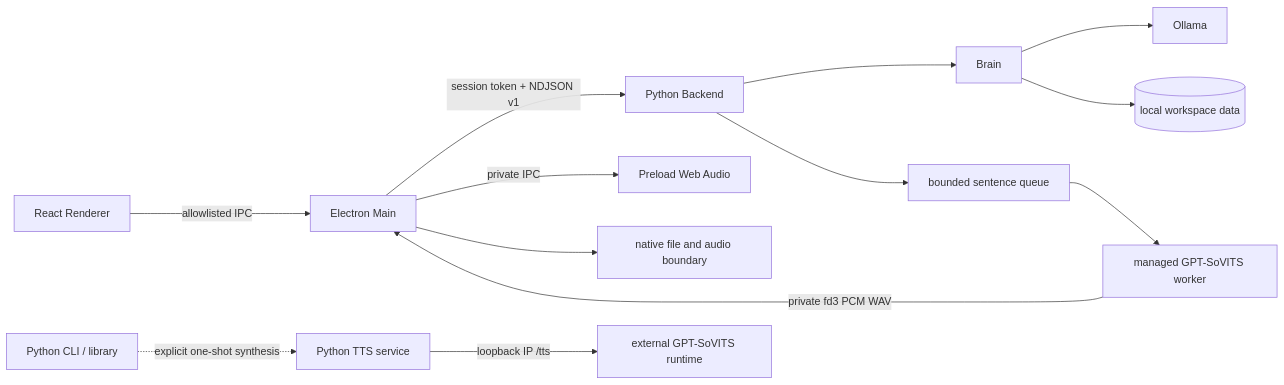
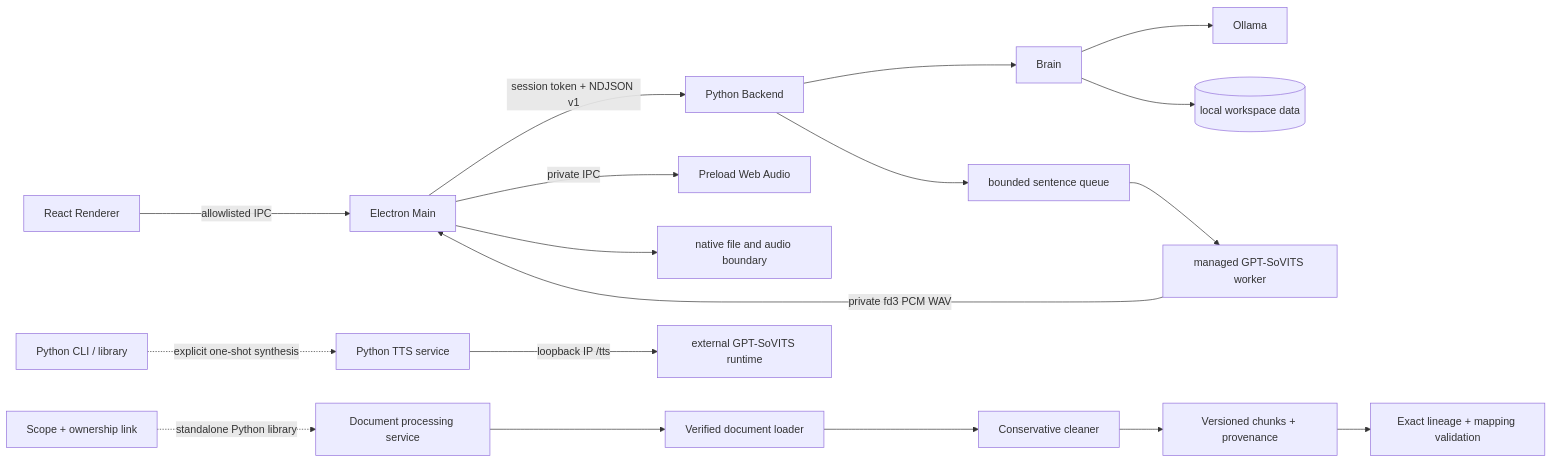
One commit to ActorF/Elysia_AI changed the diagram in README.en.md. Above: the diagram before and after it, drawn with Mermaid. The commit also changed other lines of this file and 13 other files, not shown here.

````diff
--- a/README.en.md
+++ b/README.en.md
@@ -70,15 +70,20 @@
 ```mermaid
 flowchart LR
     R[React Renderer] -->|allowlisted IPC| E[Electron Main]
     E -->|session token + NDJSON v1| P[Python Backend]
     P --> B[Brain]
     B --> O[Ollama]
     B --> D[(local workspace data)]
     P --> Q[bounded sentence queue]
     Q --> M[managed GPT-SoVITS worker]
     M -->|private fd3 PCM WAV| E
     E -->|private IPC| W[Preload Web Audio]
     C[Python CLI / library] -. explicit one-shot synthesis .-> T[Python TTS service]
     T -->|loopback IP /tts| G[external GPT-SoVITS runtime]
     E --> H[native file and audio boundary]
+    A[Scope + ownership link] -. standalone Python library .-> S[Document processing service]
+    S --> L[Verified document loader]
+    L --> N[Conservative cleaner]
+    N --> K[Versioned chunks + provenance]
+    K --> V[Exact lineage + mapping validation]
 ```
````
